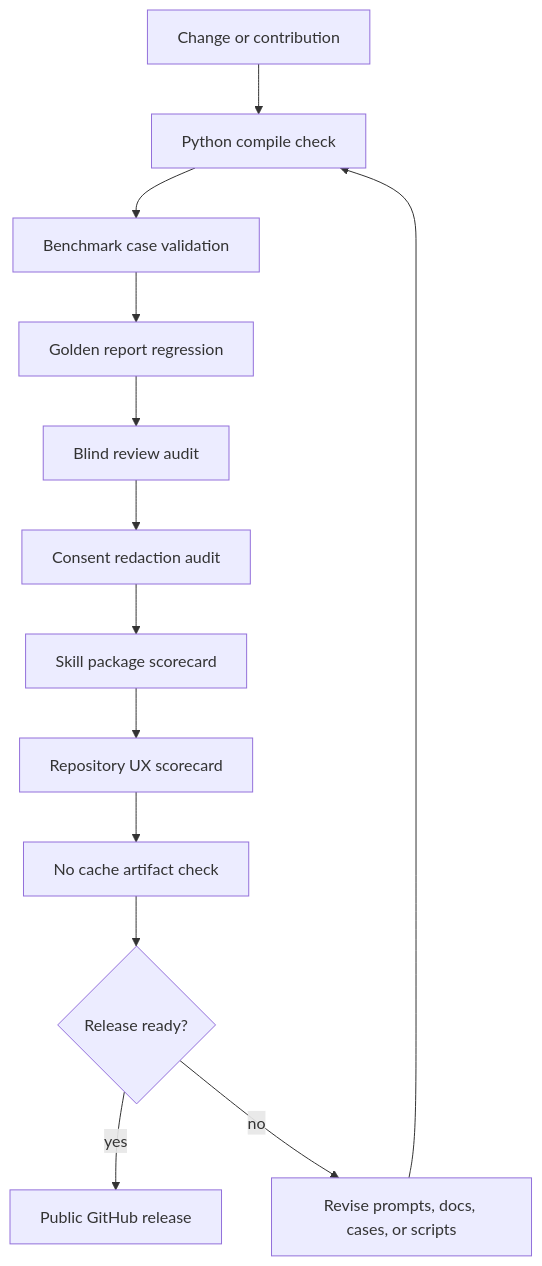
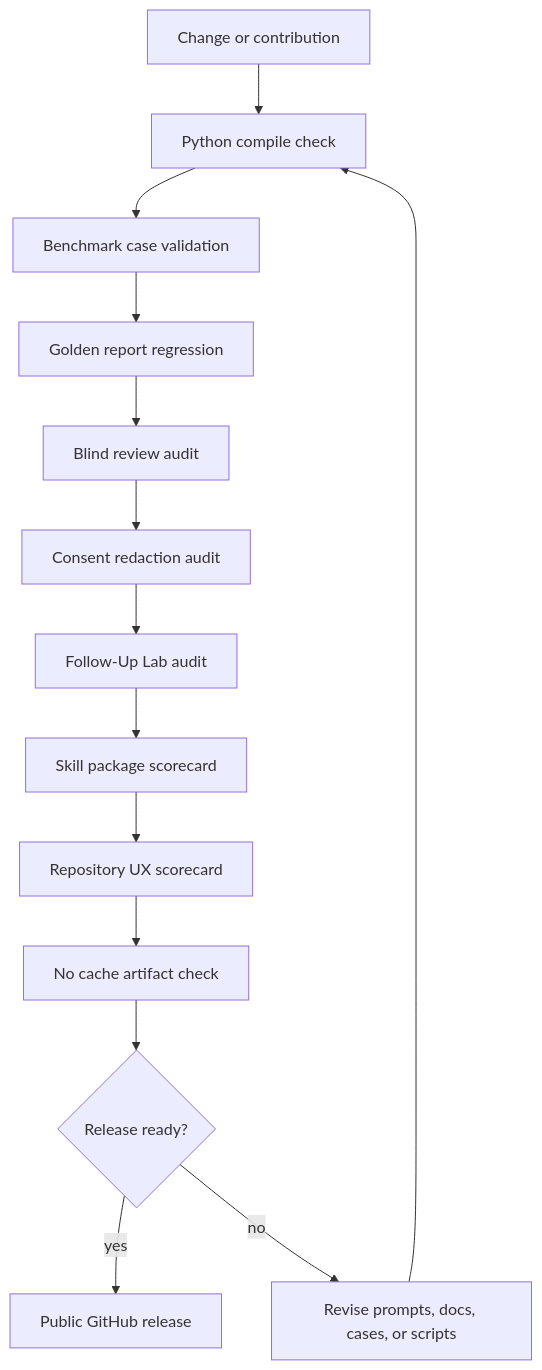
Before and after one commit to Zaoqu-Liu/mbti-typing-skill: the fourth of 5 diagrams in README.md, drawn with Mermaid. The commit also changed other lines of this file and 17 other files, not shown here.

Commit message:
Add follow-up lab packet builder

````diff
--- a/README.md
+++ b/README.md
@@ -318,15 +324,16 @@
 ```mermaid
 flowchart TD
     PR[Change or contribution] --> Compile[Python compile check]
     Compile --> Cases[Benchmark case validation]
     Cases --> Golden[Golden report regression]
     Golden --> Blind[Blind review audit]
     Blind --> Consent[Consent redaction audit]
-    Consent --> SkillScore[Skill package scorecard]
+    Consent --> FollowUp[Follow-Up Lab audit]
+    FollowUp --> SkillScore[Skill package scorecard]
     SkillScore --> UXScore[Repository UX scorecard]
     UXScore --> Cache[No cache artifact check]
     Cache --> Release{Release ready?}
     Release -->|yes| Publish[Public GitHub release]
     Release -->|no| Fix[Revise prompts, docs, cases, or scripts]
     Fix --> Compile
 ```
````
